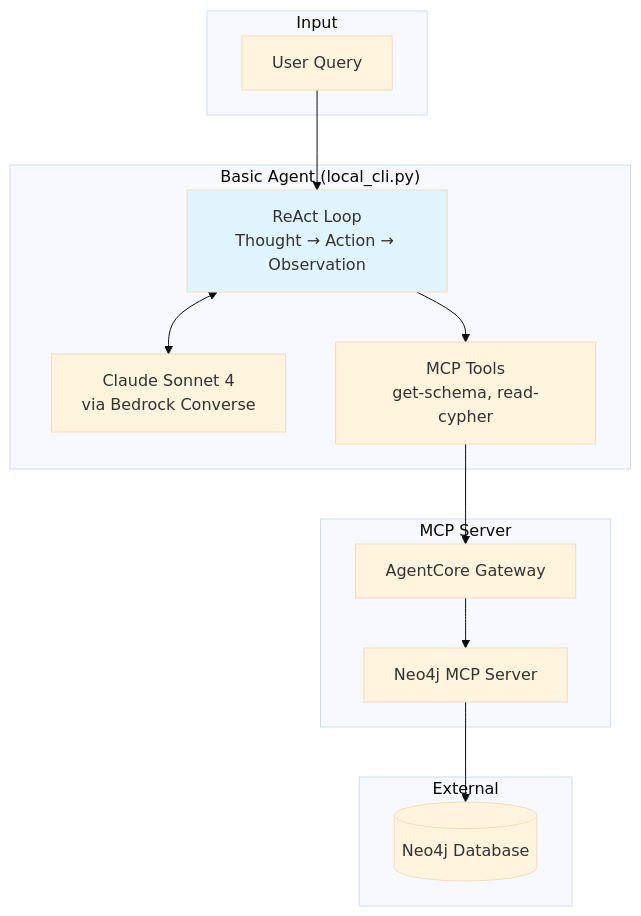
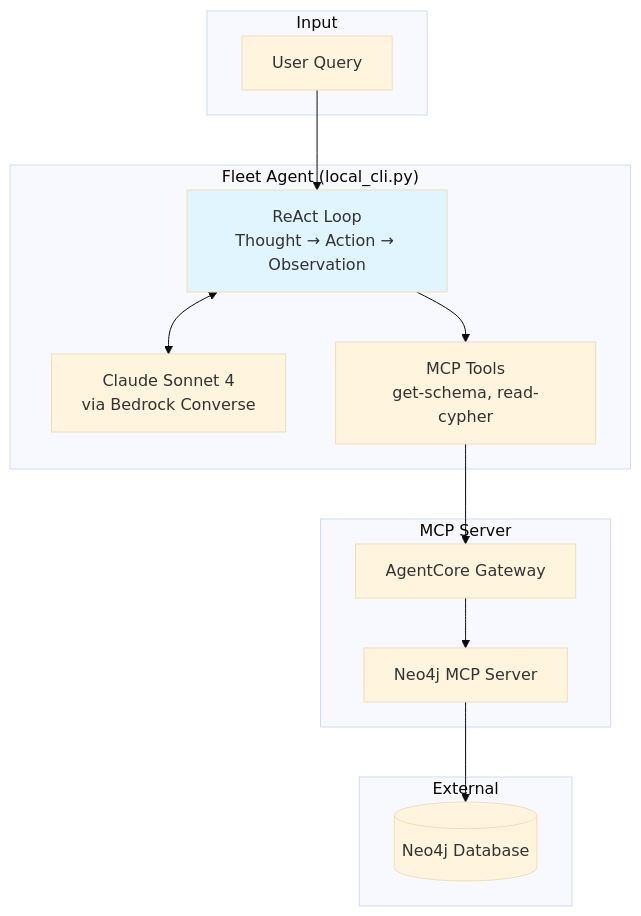
One commit to neo4j-partners/aws-starter changed the sixth of 10 diagrams in docs/ARCHITECTURE.md. Above: the diagram before and after it, drawn with Mermaid (base theme). The commit also changed other lines of this file and 62 other files, not shown here.

````diff
--- a/docs/ARCHITECTURE.md
+++ b/docs/ARCHITECTURE.md
@@ -377,30 +377,30 @@
 ```mermaid
 flowchart TB
     subgraph Input["Input"]
         USER[User Query]
     end
 
-    subgraph BasicAgent["Basic Agent (local_cli.py)"]
+    subgraph FleetAgent["Fleet Agent (local_cli.py)"]
         LLM[Claude Sonnet 4<br/>via Bedrock Converse]
         REACT[ReAct Loop<br/>Thought → Action → Observation]
         TOOLS[MCP Tools<br/>get-schema, read-cypher]
     end
 
     subgraph MCP["MCP Server"]
         GATEWAY[AgentCore Gateway]
         MCPSERVER[Neo4j MCP Server]
     end
 
     subgraph External["External"]
         NEO4J[(Neo4j Database)]
     end
 
     USER --> REACT
     REACT <--> LLM
     REACT --> TOOLS
     TOOLS --> GATEWAY
     GATEWAY --> MCPSERVER
     MCPSERVER --> NEO4J
 
     style REACT fill:#e1f5fe
 ```
````
